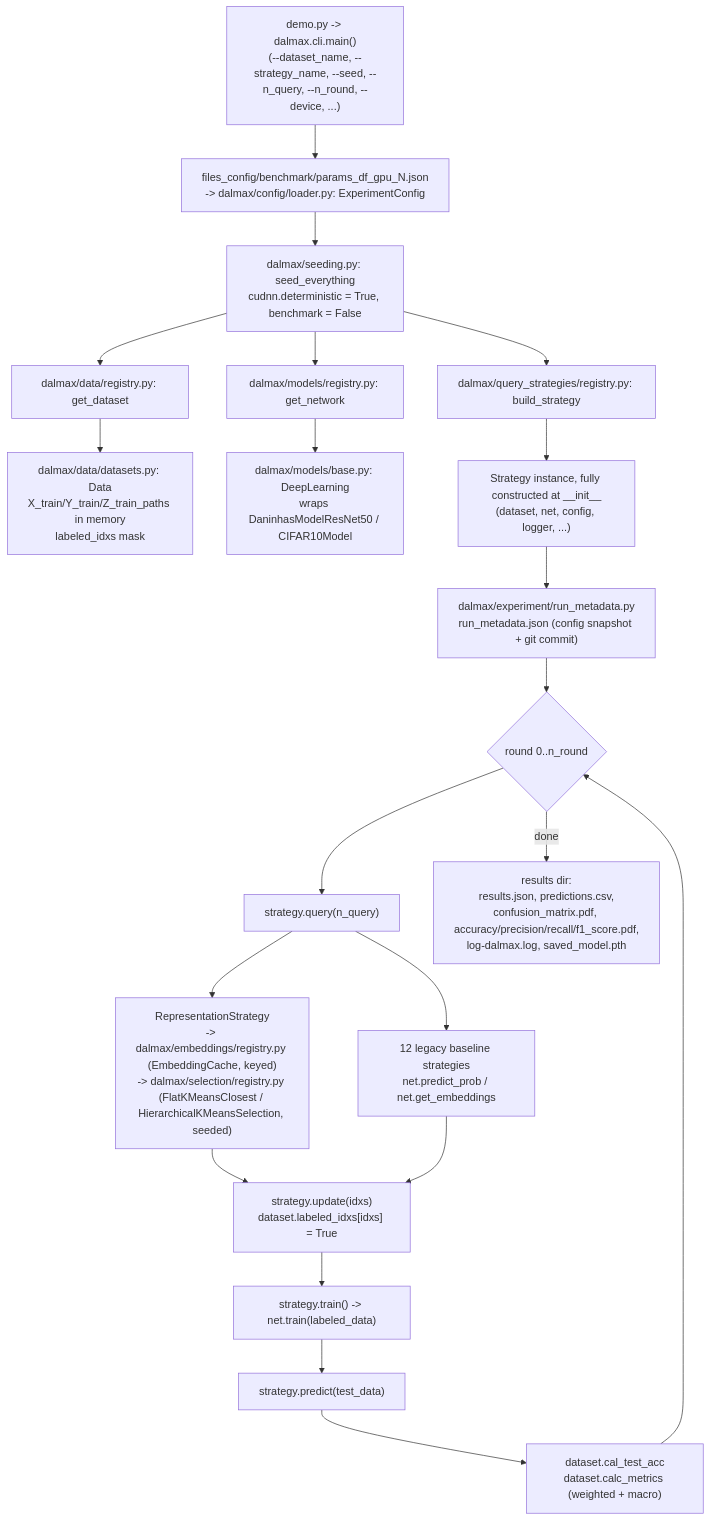
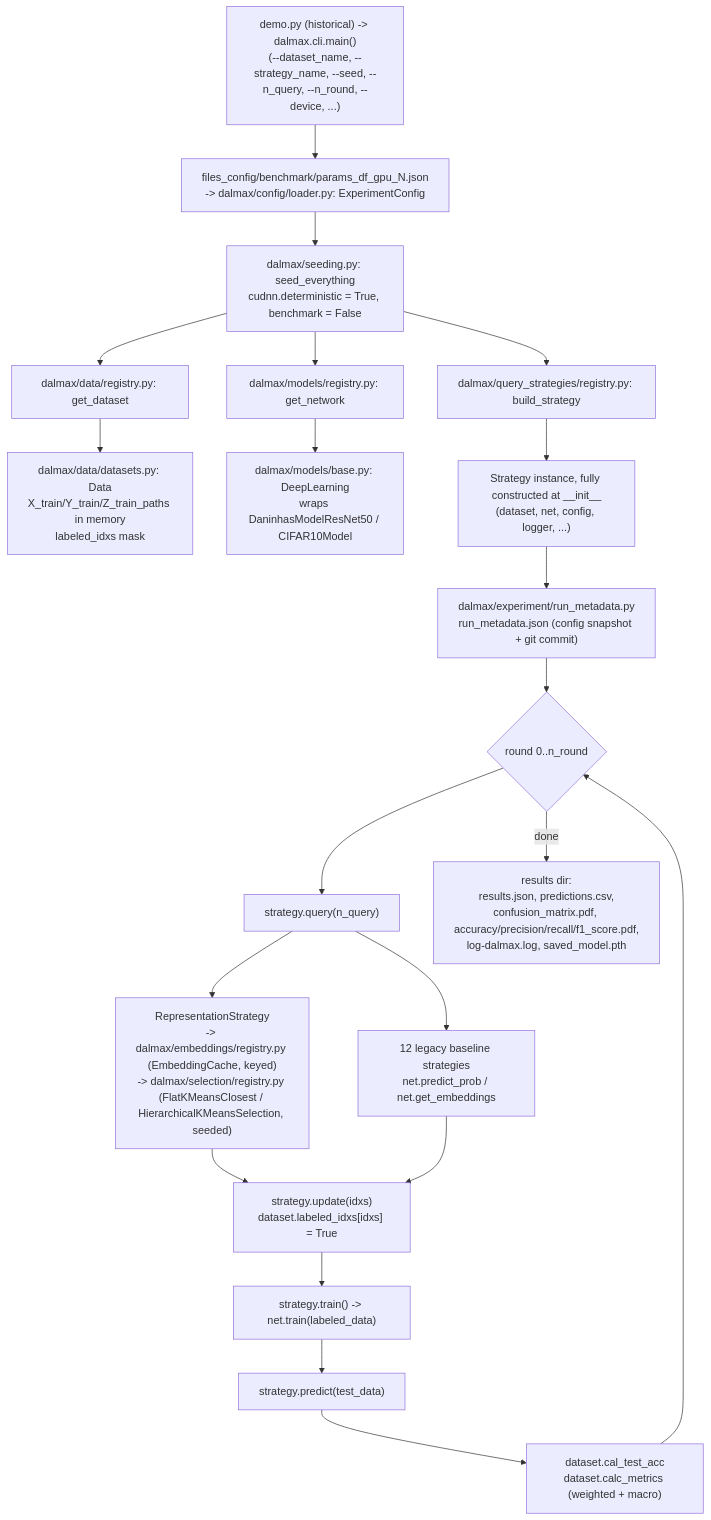
One commit to MarioCarvalhoBr/dalmax-framework-deep-active-learning-python changed the diagram in .specs/architecture/current-state.md. Above: the diagram before and after it, drawn with Mermaid. The commit also changed other lines of this file and 7 other files, not shown here.

````diff
--- a/.specs/architecture/current-state.md
+++ b/.specs/architecture/current-state.md
@@ -65,35 +66,35 @@
 ```mermaid
 flowchart TD
-    CLI["demo.py -> dalmax.cli.main()\n(--dataset_name, --strategy_name, --seed, --n_query, --n_round, --device, ...)"]
+    CLI["demo.py (historical) -> dalmax.cli.main()\n(--dataset_name, --strategy_name, --seed, --n_query, --n_round, --device, ...)"]
     PARAMS["files_config/benchmark/params_df_gpu_N.json\n-> dalmax/config/loader.py: ExperimentConfig"]
     SEED["dalmax/seeding.py: seed_everything\ncudnn.deterministic = True, benchmark = False"]
     DATAREG["dalmax/data/registry.py: get_dataset"]
     MODELREG["dalmax/models/registry.py: get_network"]
     STRATREG["dalmax/query_strategies/registry.py: build_strategy"]
     DATA["dalmax/data/datasets.py: Data\nX_train/Y_train/Z_train_paths in memory\nlabeled_idxs mask"]
     NET["dalmax/models/base.py: DeepLearning\nwraps DaninhasModelResNet50 / CIFAR10Model"]
     STRAT["Strategy instance, fully constructed at __init__\n(dataset, net, config, logger, ...)"]
     LOOP{"round 0..n_round"}
     QUERY["strategy.query(n_query)"]
     REPR["RepresentationStrategy\n-> dalmax/embeddings/registry.py (EmbeddingCache, keyed)\n-> dalmax/selection/registry.py (FlatKMeansClosest / HierarchicalKMeansSelection, seeded)"]
     OTHER["12 legacy baseline strategies\nnet.predict_prob / net.get_embeddings"]
     UPDATE["strategy.update(idxs)\ndataset.labeled_idxs[idxs] = True"]
     TRAIN["strategy.train() -> net.train(labeled_data)"]
     PREDICT["strategy.predict(test_data)"]
     METRICS["dataset.cal_test_acc\ndataset.calc_metrics (weighted + macro)"]
     RUNMETA["dalmax/experiment/run_metadata.py\nrun_metadata.json (config snapshot + git commit)"]
     RESULTS["results dir:\nresults.json, predictions.csv,\nconfusion_matrix.pdf, accuracy/precision/recall/f1_score.pdf,\nlog-dalmax.log, saved_model.pth"]
 
     CLI --> PARAMS --> SEED
     SEED --> DATAREG --> DATA
     SEED --> MODELREG --> NET
     SEED --> STRATREG --> STRAT
     STRAT --> RUNMETA --> LOOP
     LOOP --> QUERY
     QUERY --> REPR
     QUERY --> OTHER
     REPR --> UPDATE
     OTHER --> UPDATE
     UPDATE --> TRAIN --> PREDICT --> METRICS --> LOOP
     LOOP -->|done| RESULTS
 ```
````
